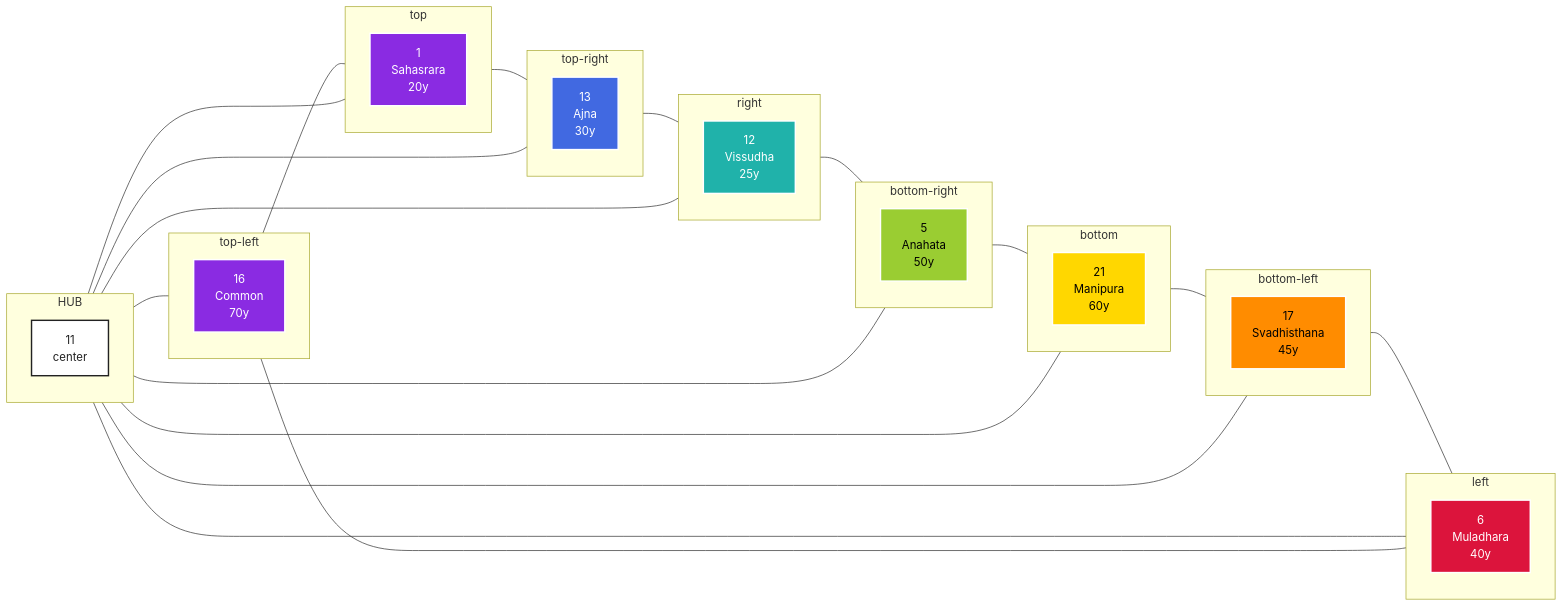
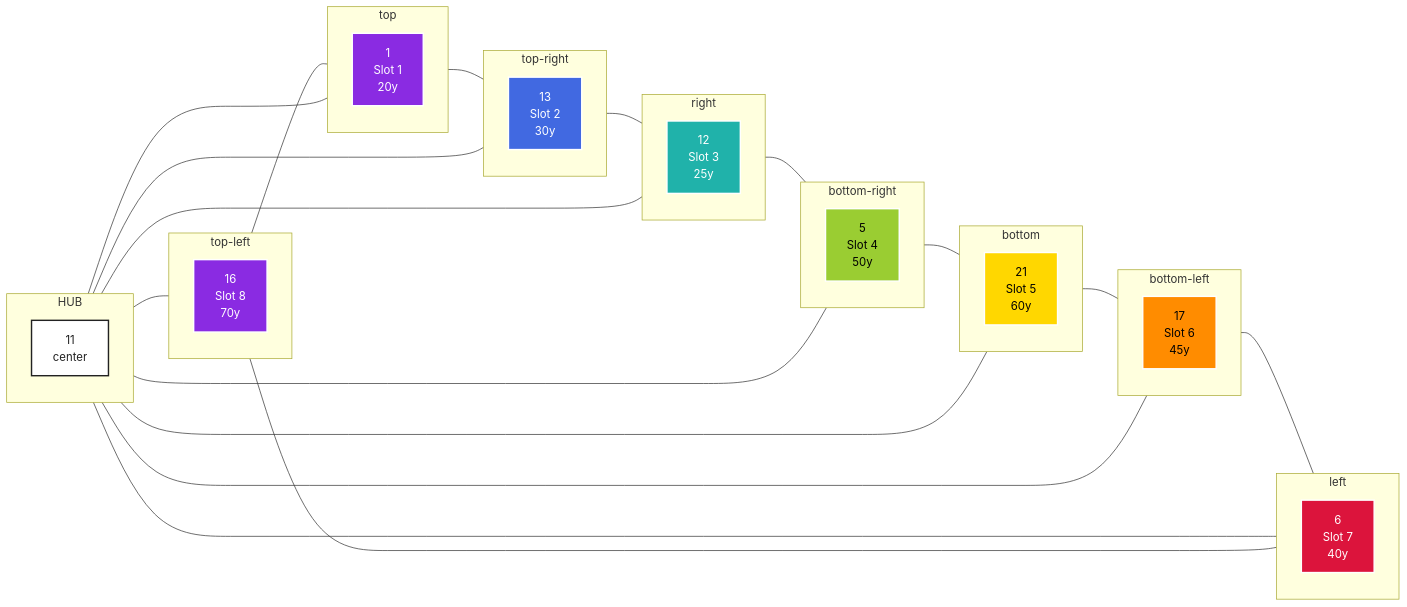
The first of 3 diagrams in template/forecast.md (noobookbig/Ommi-self), drawn with Mermaid before and after one commit. The commit also changed other lines of this file and 3 other files, not shown here.

````diff
--- a/template/forecast.md
+++ b/template/forecast.md
@@ -18,68 +18,68 @@
 ```mermaid
-%% Octagram — 8 chakra spokes around a central zone.
+%% Eight-spoke layout — 8 numbered slots around a central zone.
 %% Subgraphs label each spoke's position; the diagram preserves the
 %% 8-spoke + center + outer-ring structure of the reference PDF.
 flowchart LR
-    classDef ch1 fill:#8a2be2,stroke:#fff,color:#fff,stroke-width:2px
-    classDef ch2 fill:#4169e1,stroke:#fff,color:#fff,stroke-width:2px
-    classDef ch3 fill:#20b2aa,stroke:#fff,color:#fff,stroke-width:2px
-    classDef ch4 fill:#9acd32,stroke:#fff,color:#000,stroke-width:2px
-    classDef ch5 fill:#ffd700,stroke:#fff,color:#000,stroke-width:2px
-    classDef ch6 fill:#ff8c00,stroke:#fff,color:#000,stroke-width:2px
-    classDef ch7 fill:#dc143c,stroke:#fff,color:#fff,stroke-width:2px
+    classDef slot1 fill:#8a2be2,stroke:#fff,color:#fff,stroke-width:2px
+    classDef slot2 fill:#4169e1,stroke:#fff,color:#fff,stroke-width:2px
+    classDef slot3 fill:#20b2aa,stroke:#fff,color:#fff,stroke-width:2px
+    classDef slot4 fill:#9acd32,stroke:#fff,color:#000,stroke-width:2px
+    classDef slot5 fill:#ffd700,stroke:#fff,color:#000,stroke-width:2px
+    classDef slot6 fill:#ff8c00,stroke:#fff,color:#000,stroke-width:2px
+    classDef slot7 fill:#dc143c,stroke:#fff,color:#fff,stroke-width:2px
     classDef center fill:#fff,stroke:#222,color:#222,stroke-width:2px
 
     subgraph HUB["HUB"]
         direction TB
         C["11<br/>center"]:::center
     end
     subgraph TOP["top"]
         direction TB
-        S1["1<br/>Sahasrara<br/>20y"]:::ch1
+        S1["1<br/>Slot 1<br/>20y"]:::slot1
     end
     subgraph TOPR["top-right"]
         direction TB
-        S2["13<br/>Ajna<br/>30y"]:::ch2
+        S2["13<br/>Slot 2<br/>30y"]:::slot2
     end
     subgraph RIGHT["right"]
         direction TB
-        S3["12<br/>Vissudha<br/>25y"]:::ch3
+        S3["12<br/>Slot 3<br/>25y"]:::slot3
     end
     subgraph BOTR["bottom-right"]
         direction TB
-        S4["5<br/>Anahata<br/>50y"]:::ch4
+        S4["5<br/>Slot 4<br/>50y"]:::slot4
     end
     subgraph BOT["bottom"]
         direction TB
-        S5["21<br/>Manipura<br/>60y"]:::ch5
+        S5["21<br/>Slot 5<br/>60y"]:::slot5
     end
     subgraph BOTL["bottom-left"]
         direction TB
-        S6["17<br/>Svadhisthana<br/>45y"]:::ch6
+        S6["17<br/>Slot 6<br/>45y"]:::slot6
     end
     subgraph LEFT["left"]
         direction TB
-        S7["6<br/>Muladhara<br/>40y"]:::ch7
+        S7["6<br/>Slot 7<br/>40y"]:::slot7
     end
     subgraph TOPL["top-left"]
         direction TB
-        S8["16<br/>Common<br/>70y"]:::ch1
+        S8["16<br/>Slot 8<br/>70y"]:::slot1
     end
 
     C --- S1
     C --- S2
     C --- S3
     C --- S4
     C --- S5
     C --- S6
     C --- S7
     C --- S8
     S1 --- S2
     S2 --- S3
     S3 --- S4
     S4 --- S5
     S5 --- S6
     S6 --- S7
     S7 --- S8
     S8 --- S1
 ```
````
